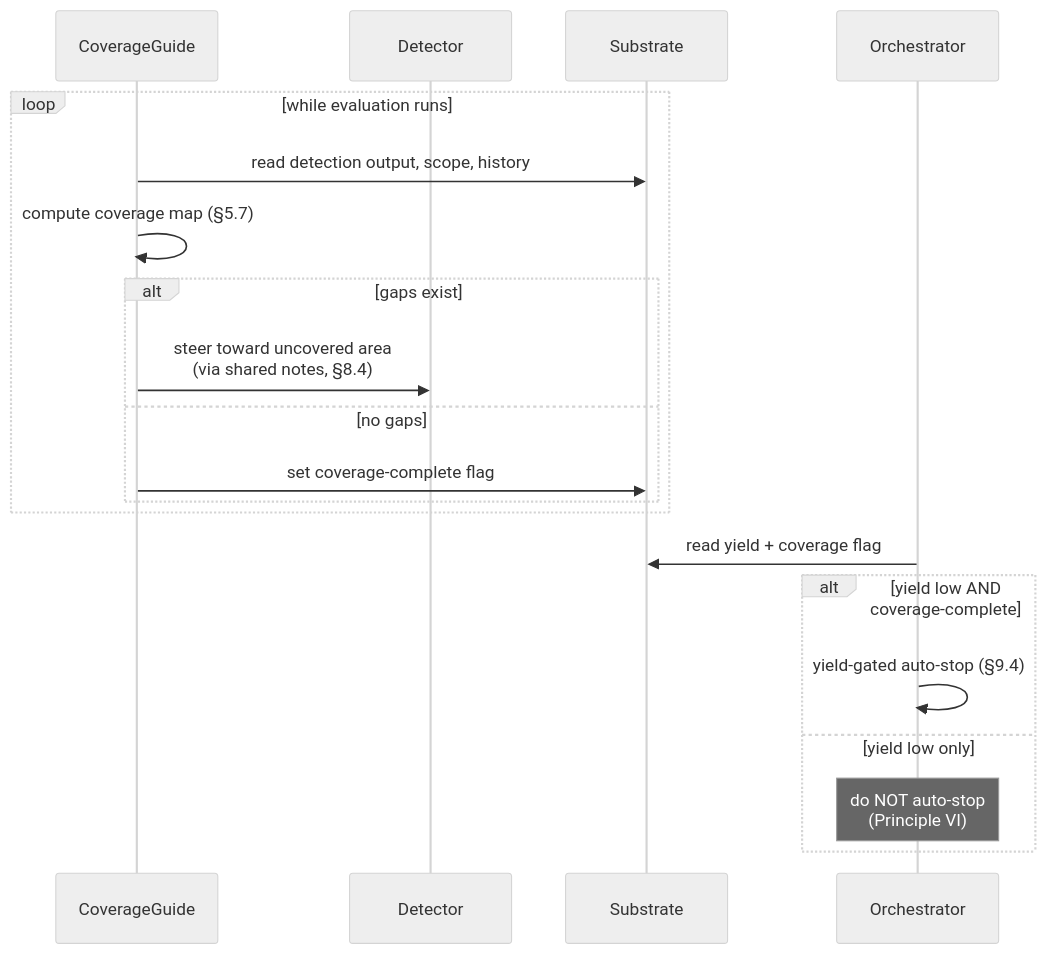
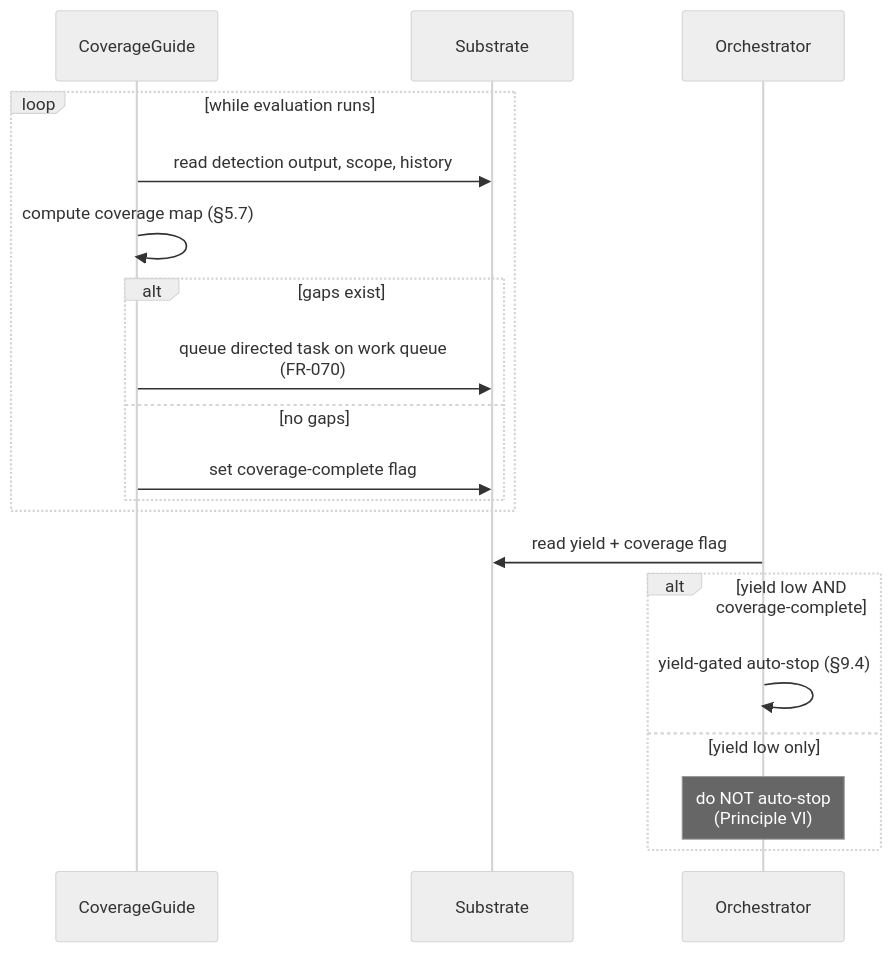
Before and after one commit to mlinarik/foundry-security-spec: the third of 5 diagrams in docs/architecture/role-interactions.md, drawn with Mermaid (neutral theme). The commit also changed other lines of this file and 1 other file, not shown here.

Commit message:
docs: correct architecture role flows

````diff
--- a/docs/architecture/role-interactions.md
+++ b/docs/architecture/role-interactions.md
@@ -88,24 +89,23 @@
 ```mermaid
 sequenceDiagram
     participant CoverageGuide
-    participant Detector
     participant Substrate
     participant Orchestrator
 
     loop while evaluation runs
         CoverageGuide->>Substrate: read detection output, scope, history
         CoverageGuide->>CoverageGuide: compute coverage map (§5.7)
         alt gaps exist
-            CoverageGuide->>Detector: steer toward uncovered area<br/>(via shared notes, §8.4)
+            CoverageGuide->>Substrate: queue directed task on work queue<br/>(FR-070)
         else no gaps
             CoverageGuide->>Substrate: set coverage-complete flag
         end
     end
 
     Orchestrator->>Substrate: read yield + coverage flag
     alt yield low AND coverage-complete
         Orchestrator->>Orchestrator: yield-gated auto-stop (§9.4)
     else yield low only
         Note over Orchestrator: do NOT auto-stop<br/>(Principle VI)
     end
 ```
````
